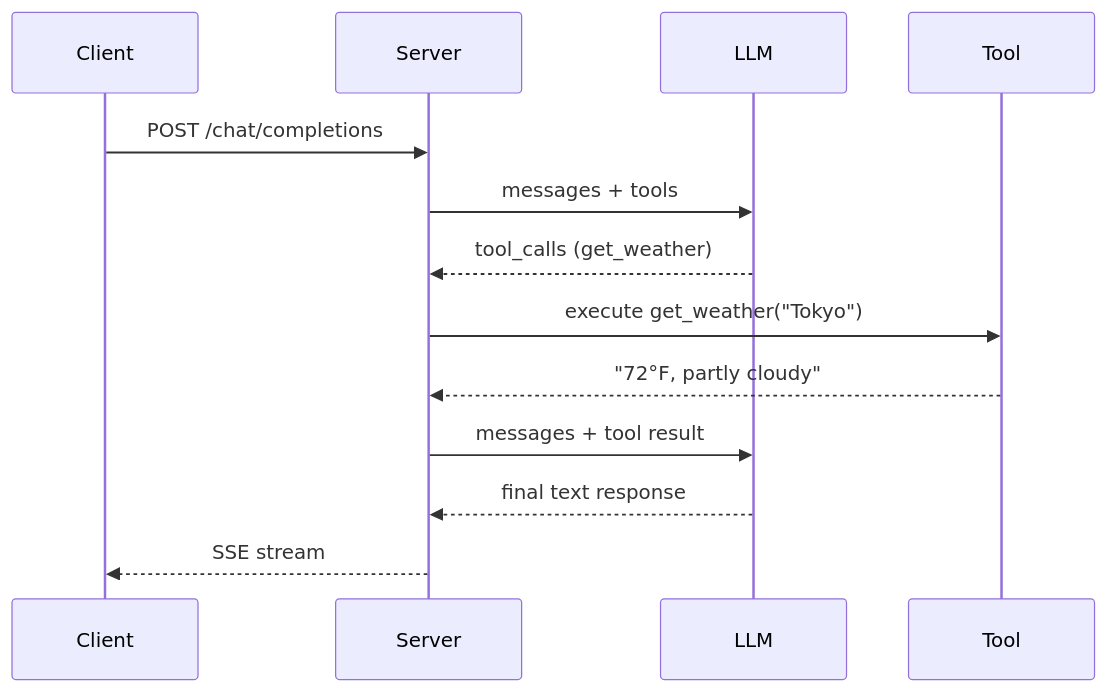
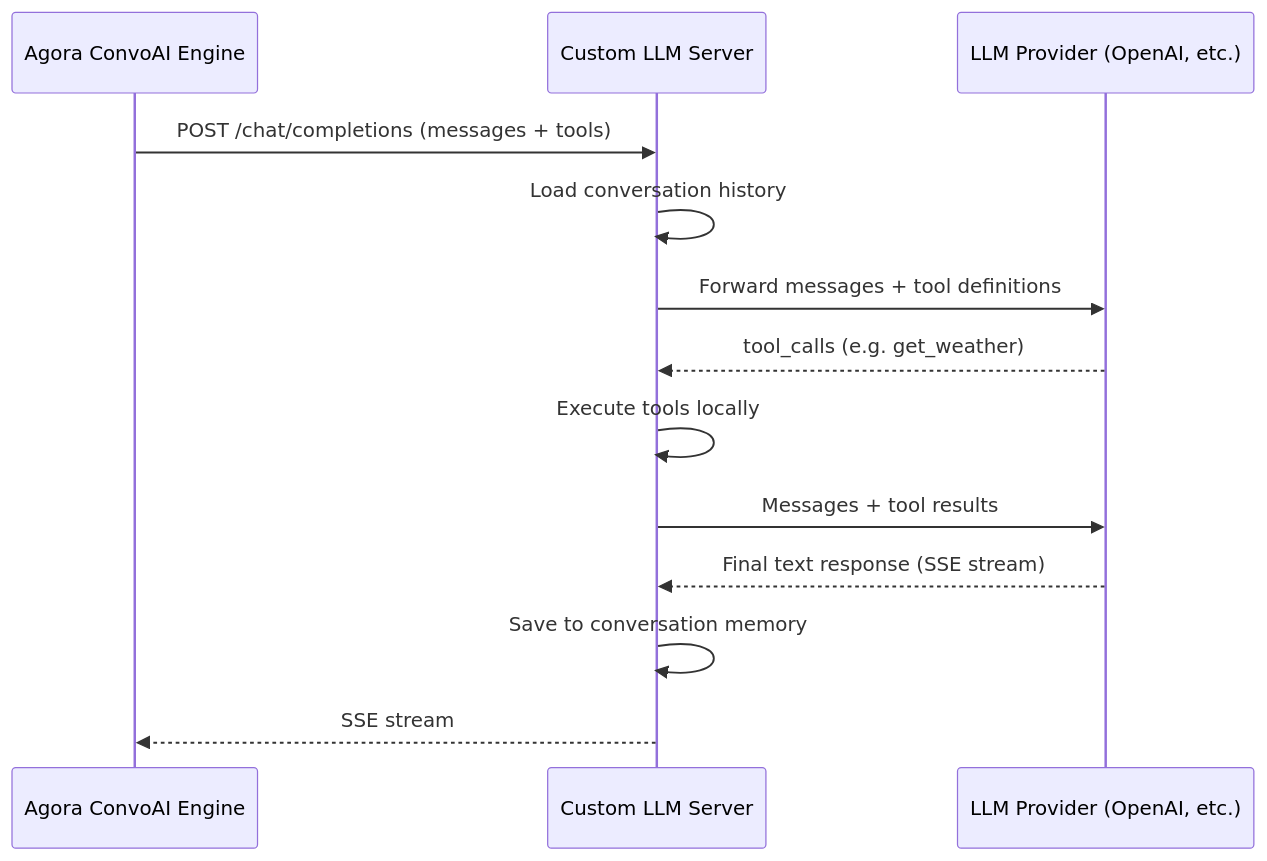
One commit to AgoraIO-Conversational-AI/server-custom-llm changed the first of 2 diagrams in README.md. Above: the diagram before and after it, drawn with Mermaid. The commit also changed other lines of this file and 3 other files, not shown here.

First line of the commit message:
rewrite READMEs: fix diagrams, clarify Agora ConvoAI Engine as caller

````diff
--- a/README.md
+++ b/README.md
@@ -84,16 +32,16 @@
 ```mermaid
 sequenceDiagram
-    participant Client
-    participant Server
-    participant LLM
-    participant Tool
+    participant Engine as Agora ConvoAI Engine
+    participant Server as Custom LLM Server
+    participant LLM as LLM Provider (OpenAI, etc.)
 
-    Client->>Server: POST /chat/completions
-    Server->>LLM: messages + tools
-    LLM-->>Server: tool_calls (get_weather)
-    Server->>Tool: execute get_weather("Tokyo")
-    Tool-->>Server: "72°F, partly cloudy"
-    Server->>LLM: messages + tool result
-    LLM-->>Server: final text response
-    Server-->>Client: SSE stream
+    Engine->>Server: POST /chat/completions (messages + tools)
+    Server->>Server: Load conversation history
+    Server->>LLM: Forward messages + tool definitions
+    LLM-->>Server: tool_calls (e.g. get_weather)
+    Server->>Server: Execute tools locally
+    Server->>LLM: Messages + tool results
+    LLM-->>Server: Final text response (SSE stream)
+    Server->>Server: Save to conversation memory
+    Server-->>Engine: SSE stream
 ```
````
